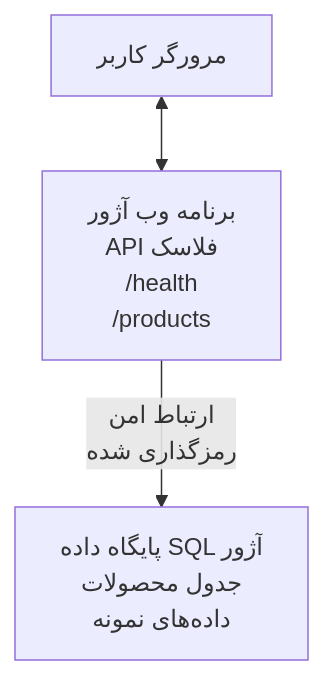
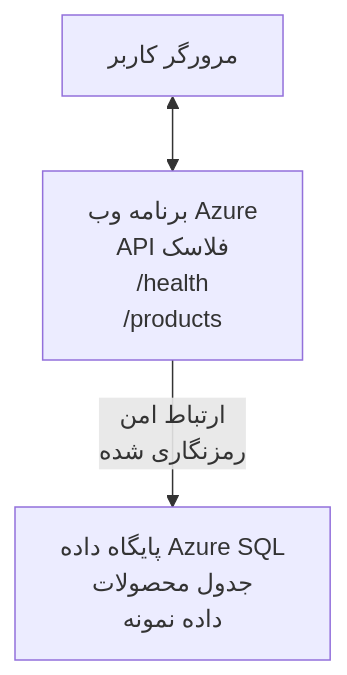
One commit to microsoft/AZD-for-beginners changed the diagram in translations/fa/examples/database-app/README.md. Above: the diagram before and after it, drawn with Mermaid. The commit also changed other lines of this file and 104 other files, not shown here.

````diff
--- a/translations/fa/examples/database-app/README.md
+++ b/translations/fa/examples/database-app/README.md
@@ -72,5 +72,5 @@
 ```mermaid
 graph TD
-    Browser[مرورگر کاربر] <--> WebApp[برنامه وب آژور<br/>API فلاسک<br/>/health<br/>/products]
-    WebApp -- ارتباط امن<br/>رمزگذاری شده --> SQL[پایگاه داده SQL آژور<br/>جدول محصولات<br/>داده‌های نمونه]
+    Browser[مرورگر کاربر] <--> WebApp[برنامه وب Azure<br/>API فلاسک<br/>/health<br/>/products]
+    WebApp -- ارتباط امن<br/>رمزنگاری شده --> SQL[پایگاه داده Azure SQL<br/>جدول محصولات<br/>داده نمونه]
 ```
````
